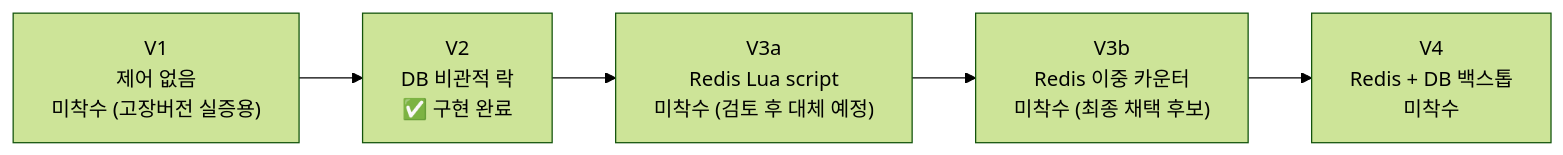
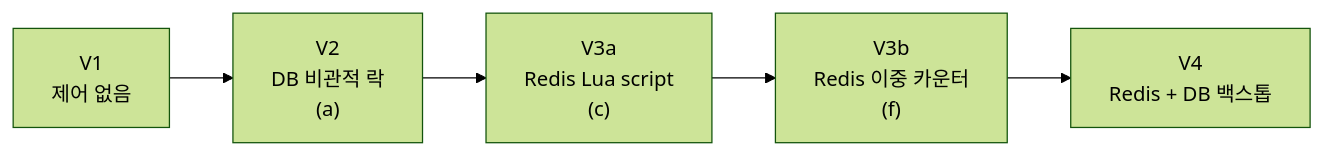
The first of 3 diagrams in README.md (Mealiver-IT/Mealiver-IT-BE), drawn with Mermaid (forest theme) before and after one commit. The commit also changed other lines of this file, not shown here.

````diff
--- a/README.md
+++ b/README.md
@@ -160,4 +156,4 @@
 ```mermaid
 flowchart LR
-    V1["V1<br/>제어 없음<br/>미착수 (고장버전 실증용)"] --> V2["V2<br/>DB 비관적 락<br/>✅ 구현 완료"] --> V3a["V3a<br/>Redis Lua script<br/>미착수 (검토 후 대체 예정)"] --> V3b["V3b<br/>Redis 이중 카운터<br/>미착수 (최종 채택 후보)"] --> V4["V4<br/>Redis + DB 백스톱<br/>미착수"]
+    V1["V1<br/>제어 없음"] --> V2["V2<br/>DB 비관적 락<br/>(a)"] --> V3a["V3a<br/>Redis Lua script<br/>(c)"] --> V3b["V3b<br/>Redis 이중 카운터<br/>(f)"] --> V4["V4<br/>Redis + DB 백스톱"]
 ```
````
